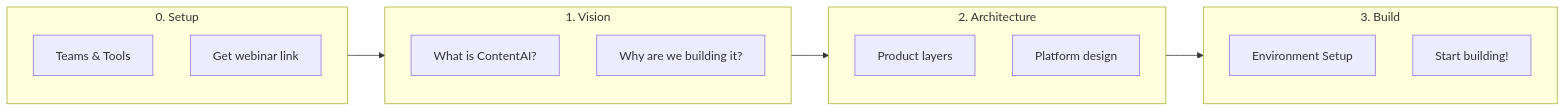
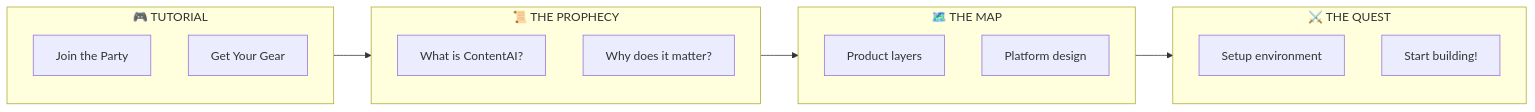
One commit to PearlThoughtsInternship/Internship-Obsidian-Vault changed the fourth of 7 diagrams in DevOps/README.md. Above: the diagram before and after it, drawn with Mermaid. The commit also changed other lines of this file and 1 other file, not shown here.

````diff
--- a/DevOps/README.md
+++ b/DevOps/README.md
@@ -60,24 +144,24 @@
 ```mermaid
 flowchart LR
-    subgraph Setup["0. Setup"]
-        S1["Teams & Tools"]
-        S2["Get webinar link"]
+    subgraph Setup["🎮 TUTORIAL"]
+        S1["Join the Party"]
+        S2["Get Your Gear"]
     end
 
-    subgraph Vision["1. Vision"]
+    subgraph Vision["📜 THE PROPHECY"]
         V1["What is ContentAI?"]
-        V2["Why are we building it?"]
+        V2["Why does it matter?"]
     end
 
-    subgraph Architecture["2. Architecture"]
+    subgraph Architecture["🗺️ THE MAP"]
         A1["Product layers"]
         A2["Platform design"]
     end
 
-    subgraph Build["3. Build"]
-        B1["Environment Setup"]
+    subgraph Build["⚔️ THE QUEST"]
+        B1["Setup environment"]
         B2["Start building!"]
     end
 
     Setup --> Vision --> Architecture --> Build
 ```
````
